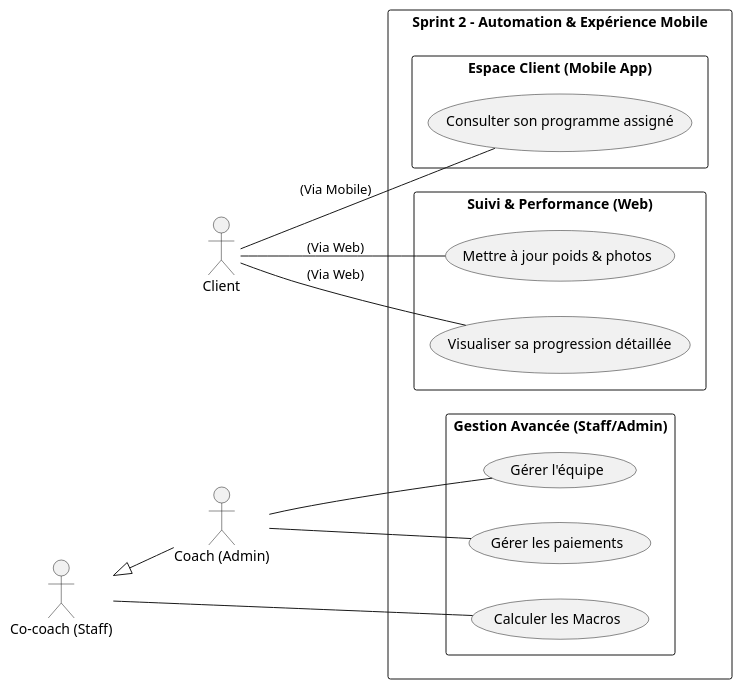
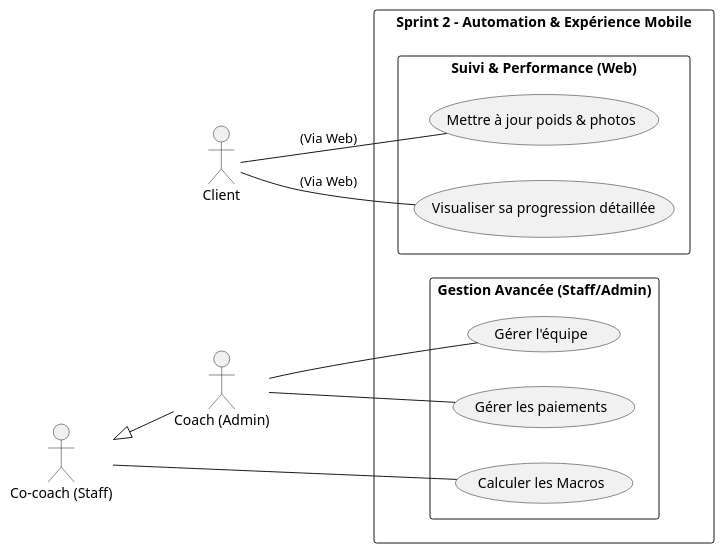
One commit to BenTaleb-Mehdi/Project-PFE changed the diagram in Analyse/usecase-diagramme/use-case-sprint2.plantuml. Above: the diagram before and after it, drawn with PlantUML. The commit also changed 7 other files, not shown here.

Commit message:
docs: add presentation slides, project report, and sprint use-case diagrams

```diff
--- a/Analyse/usecase-diagramme/use-case-sprint2.plantuml
+++ b/Analyse/usecase-diagramme/use-case-sprint2.plantuml
@@ -1,41 +1,38 @@
 @startuml
 left to right direction
 skinparam packageStyle rectangle
 skinparam shadowing false
 
 ' Actors
 actor "Client" as Client
 actor "Co-coach (Staff)" as Staff
 actor "Coach (Admin)" as Admin
  
 ' Hierarchy
 Staff <|-- Admin
 
 rectangle "Sprint 2 - Automation & Expérience Mobile" {
 
-  package "Espace Client (Mobile App)" {
-    usecase "Consulter son programme assigné" as ViewProg
-  }
+
 
   package "Suivi & Performance (Web)" {
     usecase "Mettre à jour poids & photos" as UpdateStats
     usecase "Visualiser sa progression détaillée" as ViewProgress
   }
 
   package "Gestion Avancée (Staff/Admin)" {
     usecase "Calculer les Macros" as CalcMacros
     usecase "Gérer l'équipe" as ManageStaff
     usecase "Gérer les paiements" as ManageMoney
   }
 }
 
 ' Relations
-Client -- ViewProg : "(Via Mobile)"
 Client -- UpdateStats : "(Via Web)"
 Client -- ViewProgress : "(Via Web)"
 
 Staff -- CalcMacros
 Admin -- ManageStaff
 Admin -- ManageMoney
 
 @enduml
```
